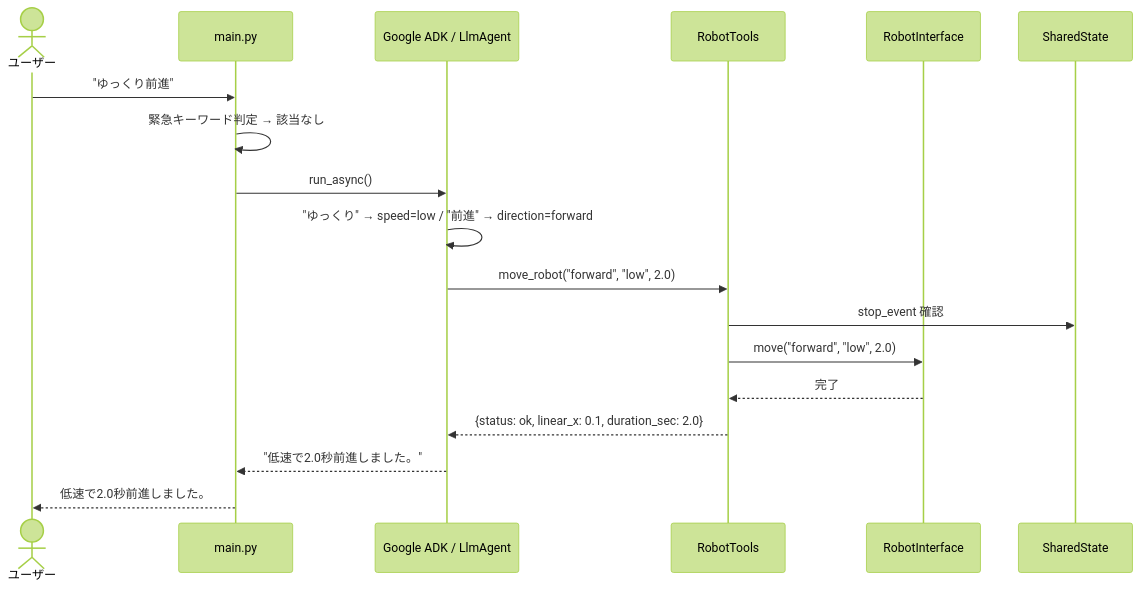
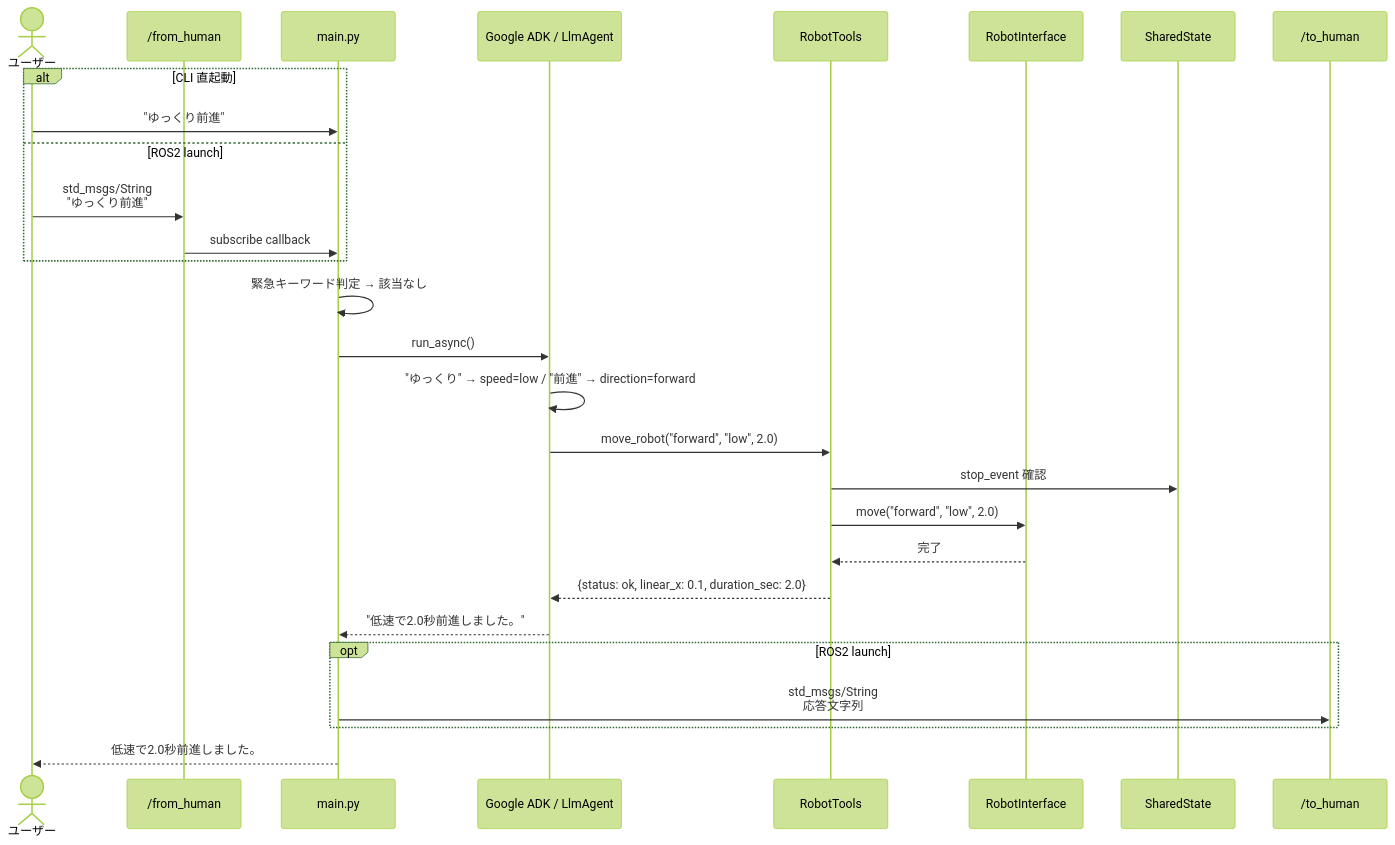
Before and after one commit to sato-susumu/susumu_agent: the fourth of 10 diagrams in docs/Design.md, drawn with Mermaid (forest theme). The commit also changed other lines of this file and 21 other files, not shown here.

Commit message:
Use ROS2 human topics for ADK input

````diff
--- a/docs/Design.md
+++ b/docs/Design.md
@@ -334,21 +351,31 @@
 ```mermaid
 sequenceDiagram
     actor User as ユーザー
+    participant FromHuman as /from_human
     participant Main as main.py
     participant ADK as Google ADK / LlmAgent
     participant Tool as RobotTools
     participant Robot as RobotInterface
     participant State as SharedState
+    participant ToHuman as /to_human
 
-    User->>Main: "ゆっくり前進"
+    alt CLI 直起動
+        User->>Main: "ゆっくり前進"
+    else ROS2 launch
+        User->>FromHuman: std_msgs/String<br/>"ゆっくり前進"
+        FromHuman->>Main: subscribe callback
+    end
     Main->>Main: 緊急キーワード判定 → 該当なし
     Main->>ADK: run_async()
     ADK->>ADK: "ゆっくり" → speed=low / "前進" → direction=forward
     ADK->>Tool: move_robot("forward", "low", 2.0)
     Tool->>State: stop_event 確認
     Tool->>Robot: move("forward", "low", 2.0)
     Robot-->>Tool: 完了
     Tool-->>ADK: {status: ok, linear_x: 0.1, duration_sec: 2.0}
     ADK-->>Main: "低速で2.0秒前進しました。"
+    opt ROS2 launch
+        Main->>ToHuman: std_msgs/String<br/>応答文字列
+    end
     Main-->>User: 低速で2.0秒前進しました。
 ```
````
